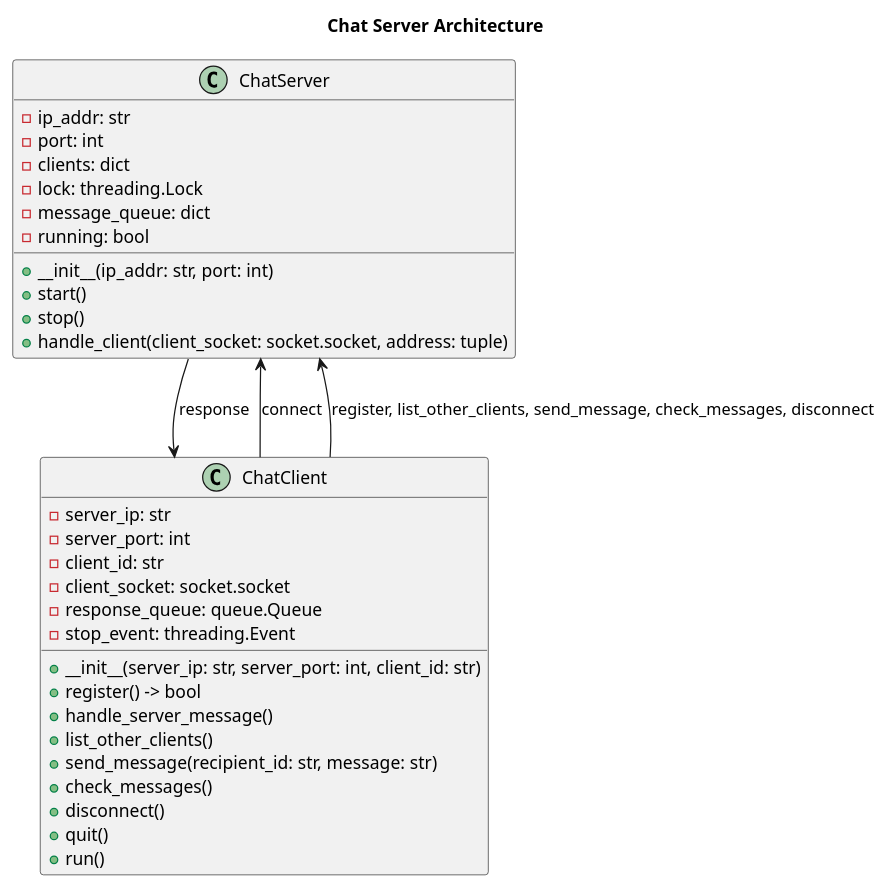
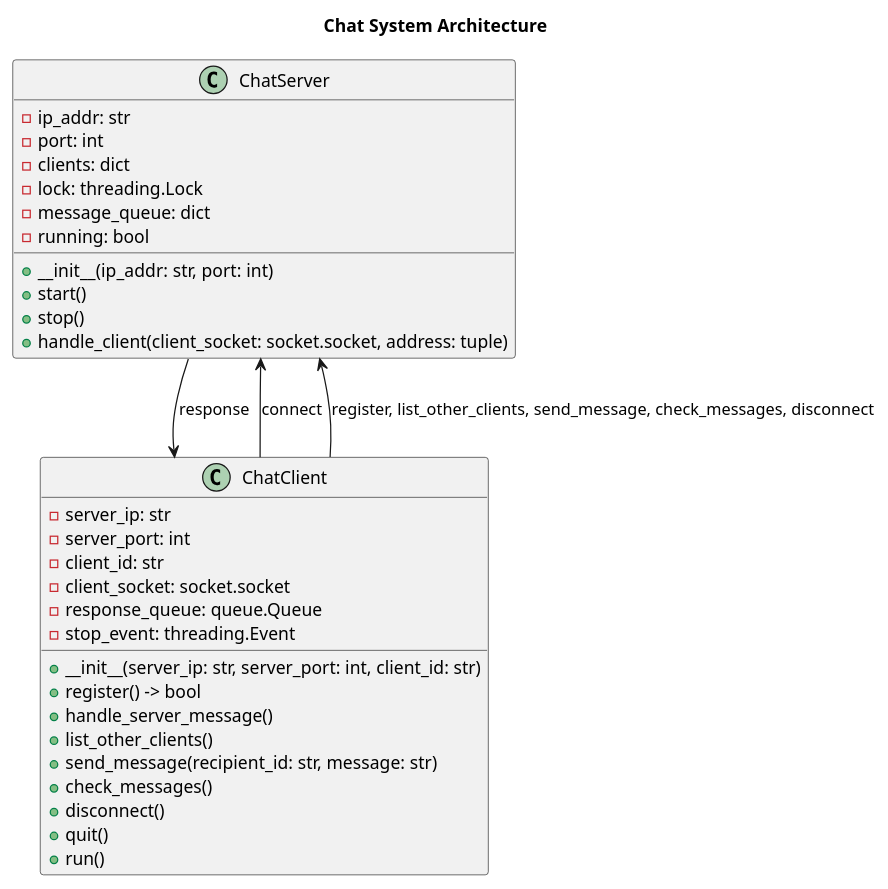
One commit to hannesringswald/ChatFunk changed the fourth of 5 diagrams in umltest.puml. Above: the diagram before and after it, drawn with PlantUML. The commit also changed other lines of this file and 1 other file, not shown here.

```diff
--- a/umltest.puml
+++ b/umltest.puml
@@ -85,39 +85,38 @@
 @startuml
-title Chat Server Architecture
-
+title Chat System Architecture
 class ChatServer {
   - ip_addr: str
   - port: int
   - clients: dict
   - lock: threading.Lock
   - message_queue: dict
   - running: bool
   + __init__(ip_addr: str, port: int)
   + start()
   + stop()
   + handle_client(client_socket: socket.socket, address: tuple)
 }
 
 class ChatClient {
   - server_ip: str
   - server_port: int
   - client_id: str
   - client_socket: socket.socket
   - response_queue: queue.Queue
   - stop_event: threading.Event
   + __init__(server_ip: str, server_port: int, client_id: str)
   + register() -> bool
   + handle_server_message()
   + list_other_clients()
   + send_message(recipient_id: str, message: str)
   + check_messages()
   + disconnect()
   + quit()
   + run()
 }
 
 ChatClient --> ChatServer: connect
 ChatClient --> ChatServer: register, list_other_clients, send_message, check_messages, disconnect
 ChatServer --> ChatClient: response
 
 @enduml
```
